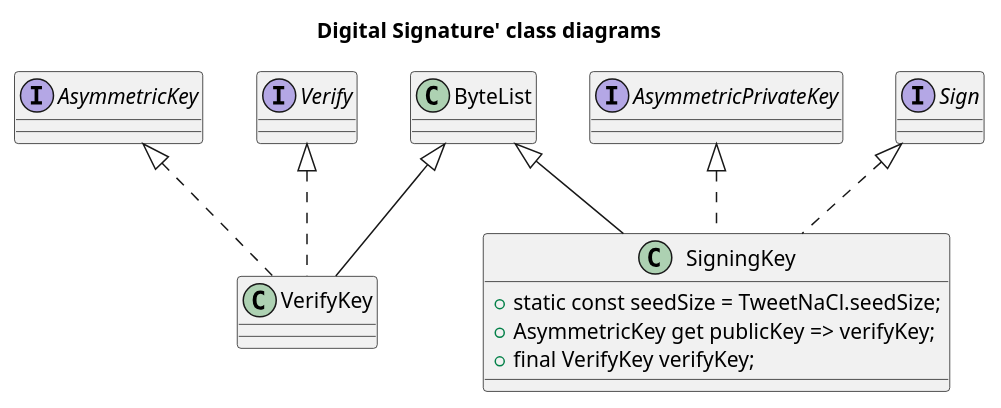
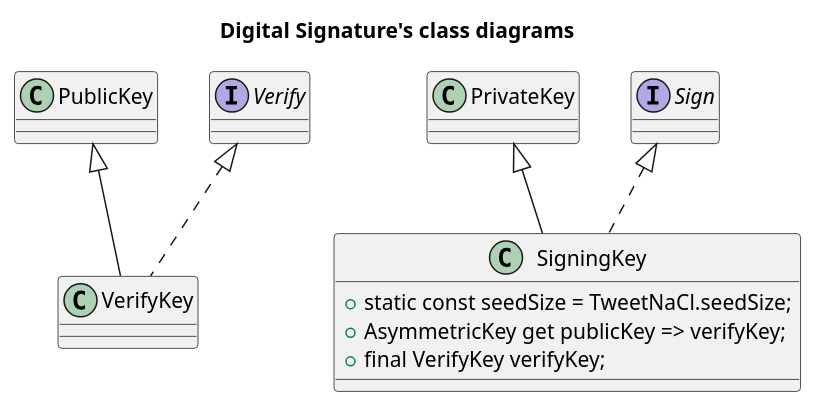
One commit to ilap/pinenacl-dart changed the diagram in doc/sigantures.wsd. Above: the diagram before and after it, drawn with PlantUML.

```diff
--- a/doc/sigantures.wsd
+++ b/doc/sigantures.wsd
@@ -1,15 +1,15 @@
 @startuml
 
-title Digital Signature' class diagrams
+title Digital Signature's class diagrams
 
-class VerifyKey extends ByteList implements AsymmetricKey, Verify {
+class VerifyKey extends PublicKey implements Verify {
 
 }
 
-class SigningKey extends ByteList implements AsymmetricPrivateKey, Sign {
+class SigningKey extends PrivateKey implements Sign {
   + static const seedSize = TweetNaCl.seedSize;
   + AsymmetricKey get publicKey => verifyKey;
   + final VerifyKey verifyKey;
 }
 
 @enduml
```
